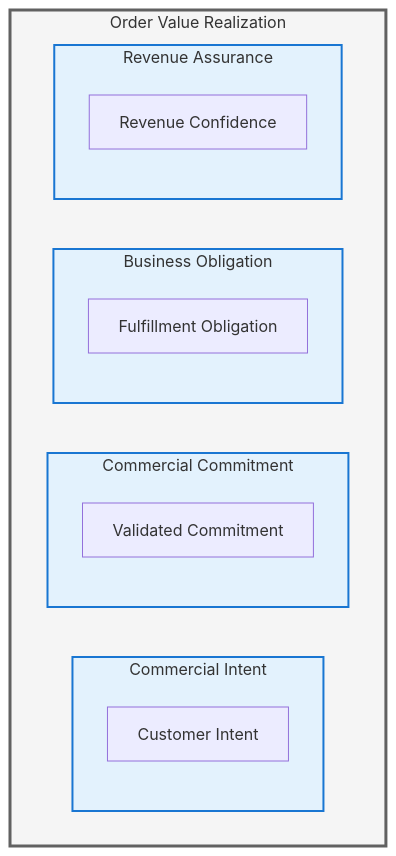
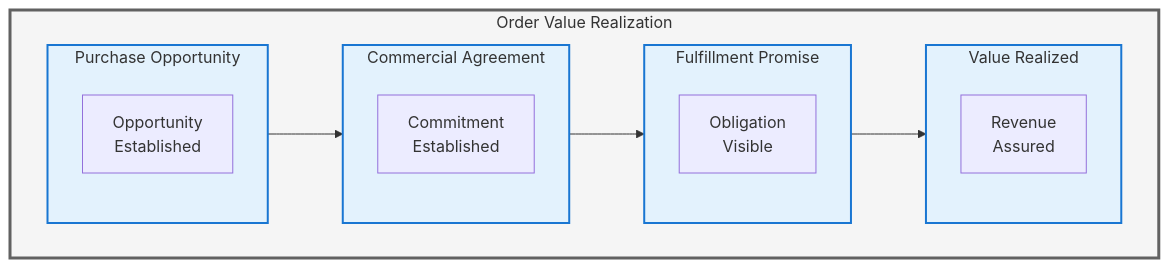
The fourth of 8 diagrams in docs/architecture/01-business-architecture.md (Evilazaro/Azure-LogicApps-Monitoring), drawn with Mermaid before and after one commit. The commit also changed other lines of this file, not shown here.

Commit message:
Refactor Business Architecture document: clarify value stream definitions and enforce sequential representation for improved understanding

````diff
--- a/docs/architecture/01-business-architecture.md
+++ b/docs/architecture/01-business-architecture.md
@@ -464,32 +464,36 @@
 ```mermaid
-flowchart TB
+flowchart LR
     subgraph Order_Value["Order Value Realization"]
         direction LR
 
-        subgraph Intent["Commercial Intent"]
+        subgraph Intent["Purchase Opportunity"]
             direction TB
-            CI["Customer Intent"]
+            CI["Opportunity<br/>Established"]
         end
 
-        subgraph Commitment["Commercial Commitment"]
+        subgraph Commitment["Commercial Agreement"]
             direction TB
-            CC["Validated Commitment"]
+            CC["Commitment<br/>Established"]
         end
 
-        subgraph Obligation["Business Obligation"]
+        subgraph Obligation["Fulfillment Promise"]
             direction TB
-            BO["Fulfillment Obligation"]
+            BO["Obligation<br/>Visible"]
         end
 
-        subgraph Assurance["Revenue Assurance"]
+        subgraph Assurance["Value Realized"]
             direction TB
-            RA["Revenue Confidence"]
+            RA["Revenue<br/>Assured"]
         end
+
+        Intent --> Commitment
+        Commitment --> Obligation
+        Obligation --> Assurance
     end
 
     classDef level1 fill:#f5f5f5,stroke:#616161,stroke-width:3px
     classDef level2 fill:#e3f2fd,stroke:#1976d2,stroke-width:2px
 
     class Order_Value level1
     class Intent,Commitment,Obligation,Assurance level2
 ```
````
